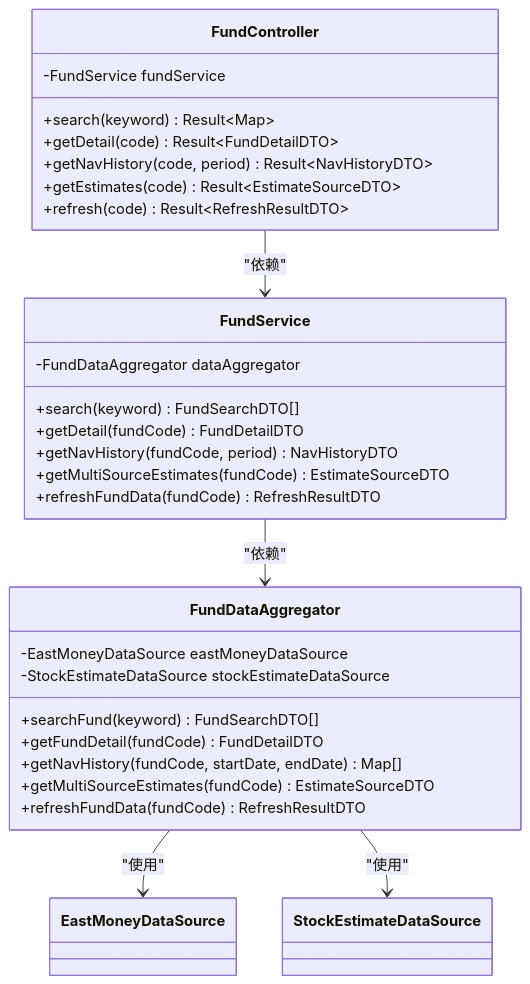
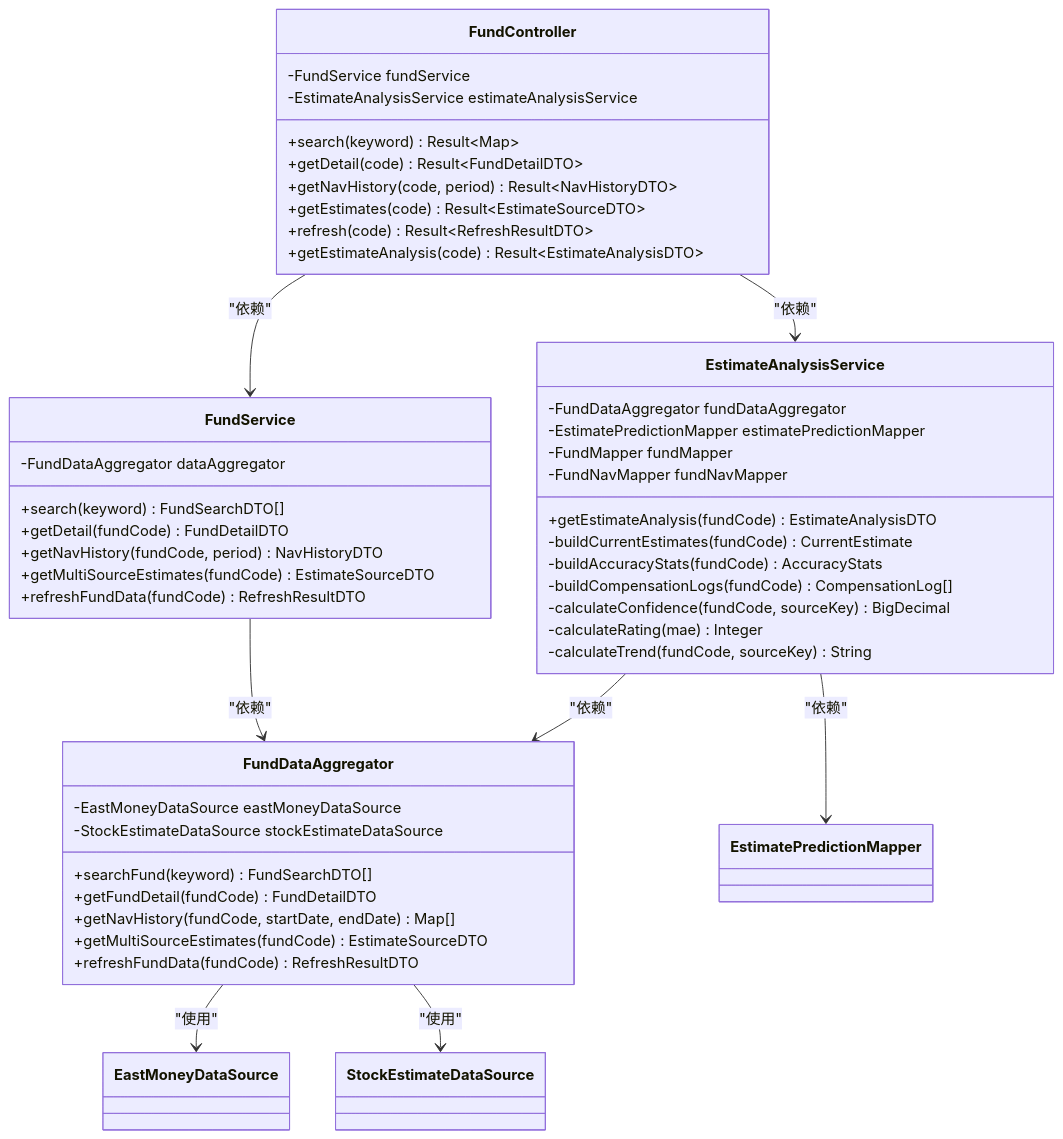
Before and after one commit to gree-coder/fund-butler: the second of 25 diagrams in .qoder/repowiki/zh/content/核心功能开发/FundController增强.md, drawn with Mermaid. The commit also changed other lines of this file and 16 other files, not shown here.

````diff
--- a/.qoder/repowiki/zh/content/核心功能开发/FundController增强.md
+++ b/.qoder/repowiki/zh/content/核心功能开发/FundController增强.md
@@ -98,32 +105,50 @@
 ```mermaid
 classDiagram
 class FundController {
 -FundService fundService
+-EstimateAnalysisService estimateAnalysisService
 +search(keyword) Result~Map~
 +getDetail(code) Result~FundDetailDTO~
 +getNavHistory(code, period) Result~NavHistoryDTO~
 +getEstimates(code) Result~EstimateSourceDTO~
 +refresh(code) Result~RefreshResultDTO~
++getEstimateAnalysis(code) Result~EstimateAnalysisDTO~
 }
 class FundService {
 -FundDataAggregator dataAggregator
 +search(keyword) FundSearchDTO[]
 +getDetail(fundCode) FundDetailDTO
 +getNavHistory(fundCode, period) NavHistoryDTO
 +getMultiSourceEstimates(fundCode) EstimateSourceDTO
 +refreshFundData(fundCode) RefreshResultDTO
+}
+class EstimateAnalysisService {
+-FundDataAggregator fundDataAggregator
+-EstimatePredictionMapper estimatePredictionMapper
+-FundMapper fundMapper
+-FundNavMapper fundNavMapper
++getEstimateAnalysis(fundCode) EstimateAnalysisDTO
+-buildCurrentEstimates(fundCode) CurrentEstimate
+-buildAccuracyStats(fundCode) AccuracyStats
+-buildCompensationLogs(fundCode) CompensationLog[]
+-calculateConfidence(fundCode, sourceKey) BigDecimal
+-calculateRating(mae) Integer
+-calculateTrend(fundCode, sourceKey) String
 }
 class FundDataAggregator {
 -EastMoneyDataSource eastMoneyDataSource
 -StockEstimateDataSource stockEstimateDataSource
 +searchFund(keyword) FundSearchDTO[]
 +getFundDetail(fundCode) FundDetailDTO
 +getNavHistory(fundCode, startDate, endDate) Map[]
 +getMultiSourceEstimates(fundCode) EstimateSourceDTO
 +refreshFundData(fundCode) RefreshResultDTO
 }
 FundController --> FundService : "依赖"
+FundController --> EstimateAnalysisService : "依赖"
 FundService --> FundDataAggregator : "依赖"
+EstimateAnalysisService --> FundDataAggregator : "依赖"
+EstimateAnalysisService --> EstimatePredictionMapper : "依赖"
 FundDataAggregator --> EastMoneyDataSource : "使用"
 FundDataAggregator --> StockEstimateDataSource : "使用"
 ```
````
